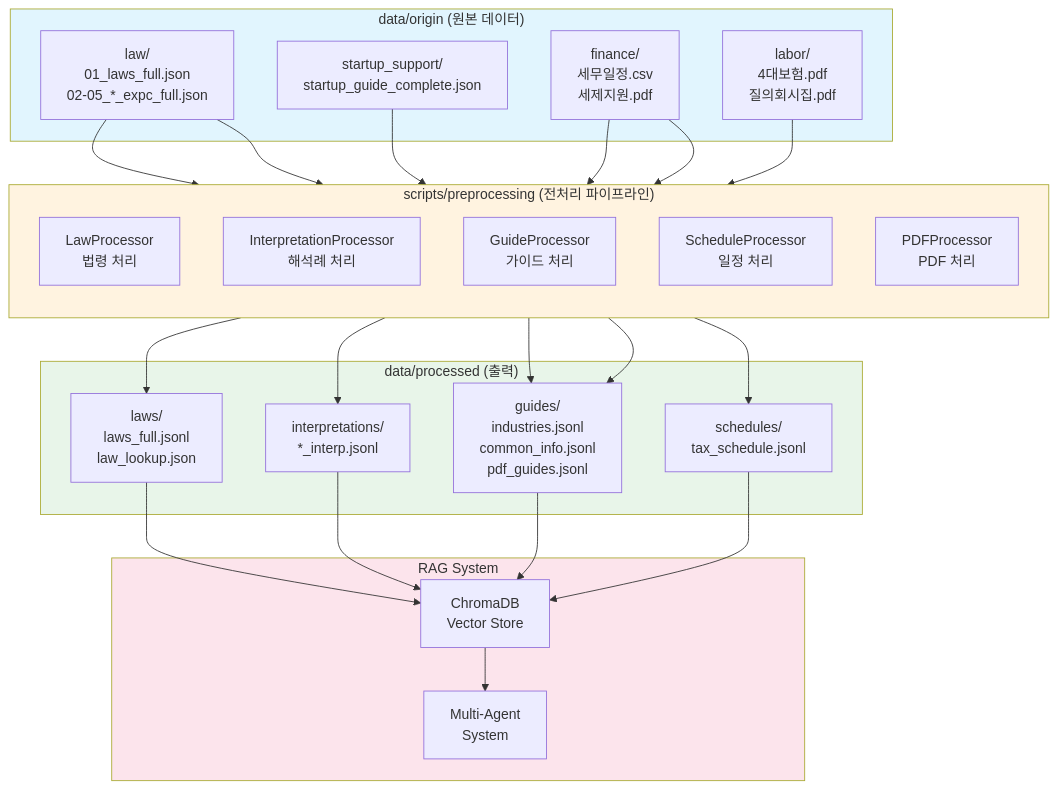
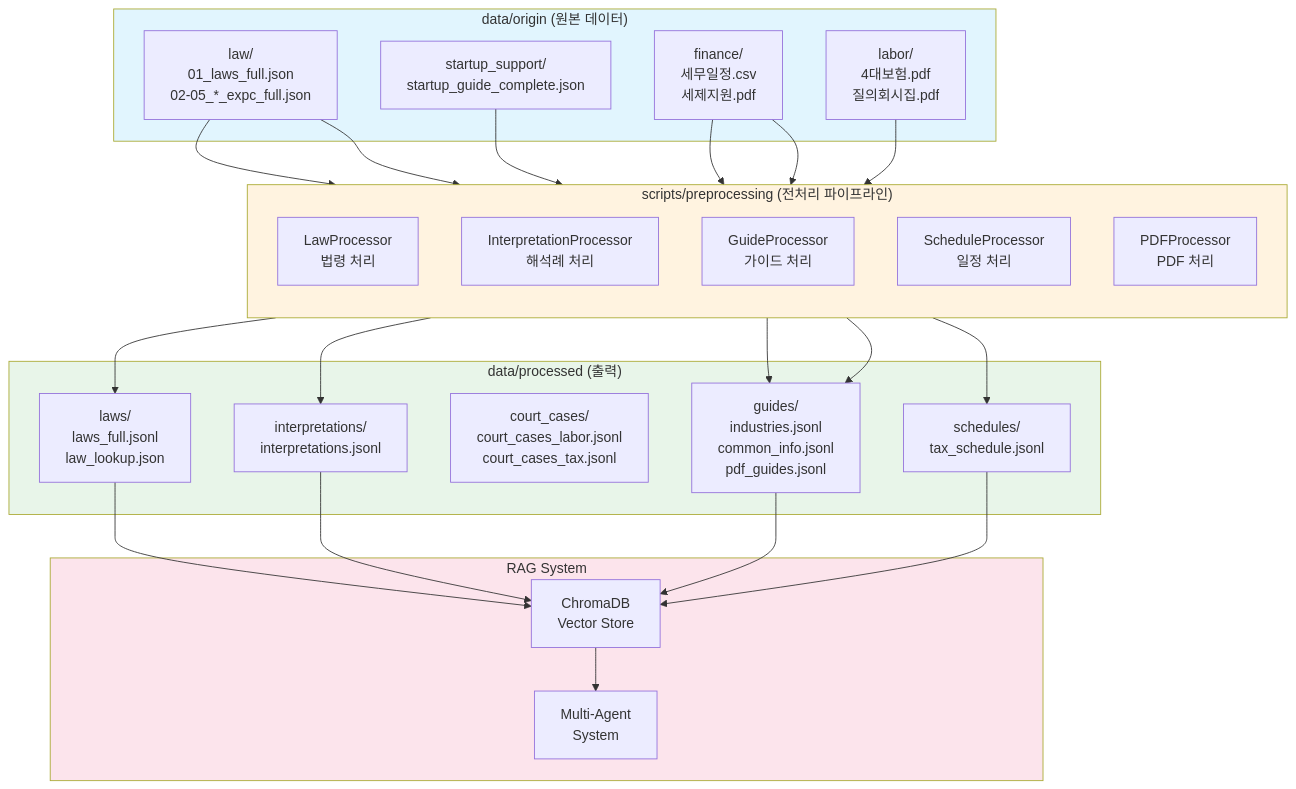
One commit to SKNETWORKS-FAMILY-AICAMP/SKN20-FINAL-6TEAM changed the first of 9 diagrams in scripts/preprocessing/data_pipeline.md. Above: the diagram before and after it, drawn with Mermaid. The commit also changed other lines of this file, not shown here.

````diff
--- a/scripts/preprocessing/data_pipeline.md
+++ b/scripts/preprocessing/data_pipeline.md
@@ -11,54 +11,55 @@
 ```mermaid
 flowchart TB
     subgraph Origin["data/origin (원본 데이터)"]
         LAW["law/<br/>01_laws_full.json<br/>02-05_*_expc_full.json"]
         STARTUP["startup_support/<br/>startup_guide_complete.json"]
         FINANCE["finance/<br/>세무일정.csv<br/>세제지원.pdf"]
         LABOR["labor/<br/>4대보험.pdf<br/>질의회시집.pdf"]
     end
 
     subgraph Pipeline["scripts/preprocessing (전처리 파이프라인)"]
         direction TB
         LP["LawProcessor<br/>법령 처리"]
         IP["InterpretationProcessor<br/>해석례 처리"]
         GP["GuideProcessor<br/>가이드 처리"]
         SP["ScheduleProcessor<br/>일정 처리"]
         PP["PDFProcessor<br/>PDF 처리"]
     end
 
     subgraph Output["data/processed (출력)"]
         LAWS_OUT["laws/<br/>laws_full.jsonl<br/>law_lookup.json"]
-        INTERP_OUT["interpretations/<br/>*_interp.jsonl"]
+        INTERP_OUT["interpretations/<br/>interpretations.jsonl"]
+        COURT_OUT["court_cases/<br/>court_cases_labor.jsonl<br/>court_cases_tax.jsonl"]
         GUIDES_OUT["guides/<br/>industries.jsonl<br/>common_info.jsonl<br/>pdf_guides.jsonl"]
         SCHED_OUT["schedules/<br/>tax_schedule.jsonl"]
     end
 
     subgraph RAG["RAG System"]
         CHROMA["ChromaDB<br/>Vector Store"]
         AGENT["Multi-Agent<br/>System"]
     end
 
     LAW --> LP
     LAW --> IP
     STARTUP --> GP
     FINANCE --> SP
     FINANCE --> PP
     LABOR --> PP
 
     LP --> LAWS_OUT
     IP --> INTERP_OUT
     GP --> GUIDES_OUT
     SP --> SCHED_OUT
     PP --> GUIDES_OUT
 
     LAWS_OUT --> CHROMA
     INTERP_OUT --> CHROMA
     GUIDES_OUT --> CHROMA
     SCHED_OUT --> CHROMA
     CHROMA --> AGENT
 
     style Origin fill:#e1f5fe
     style Pipeline fill:#fff3e0
     style Output fill:#e8f5e9
     style RAG fill:#fce4ec
 ```
````
